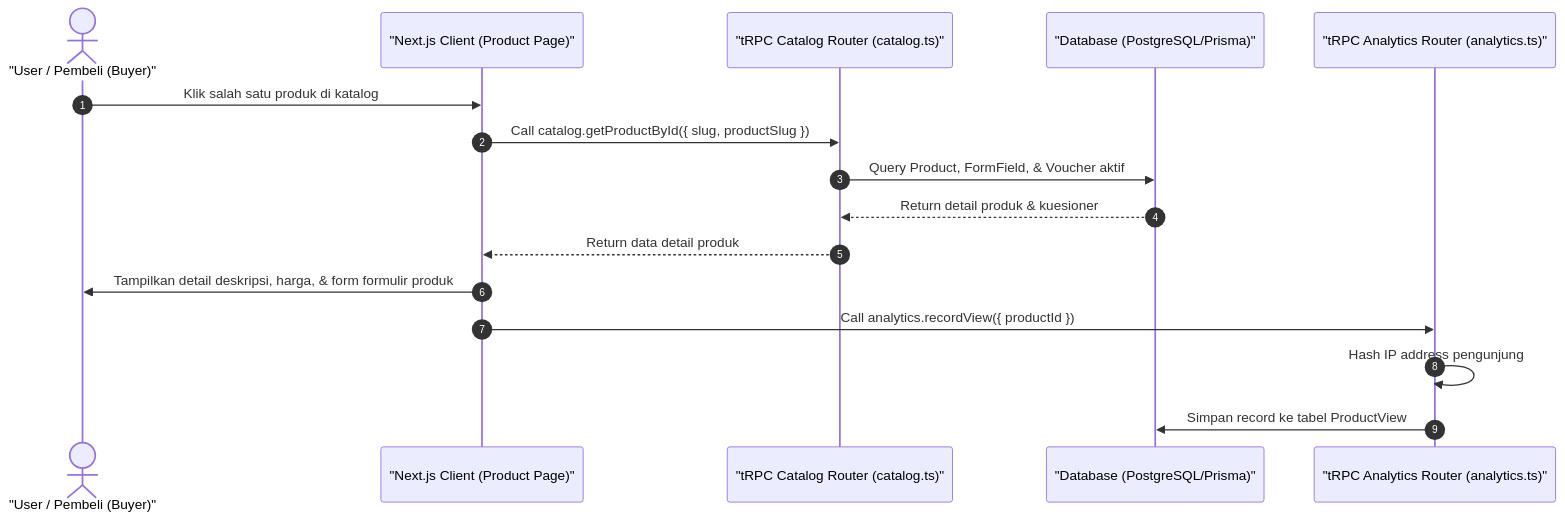
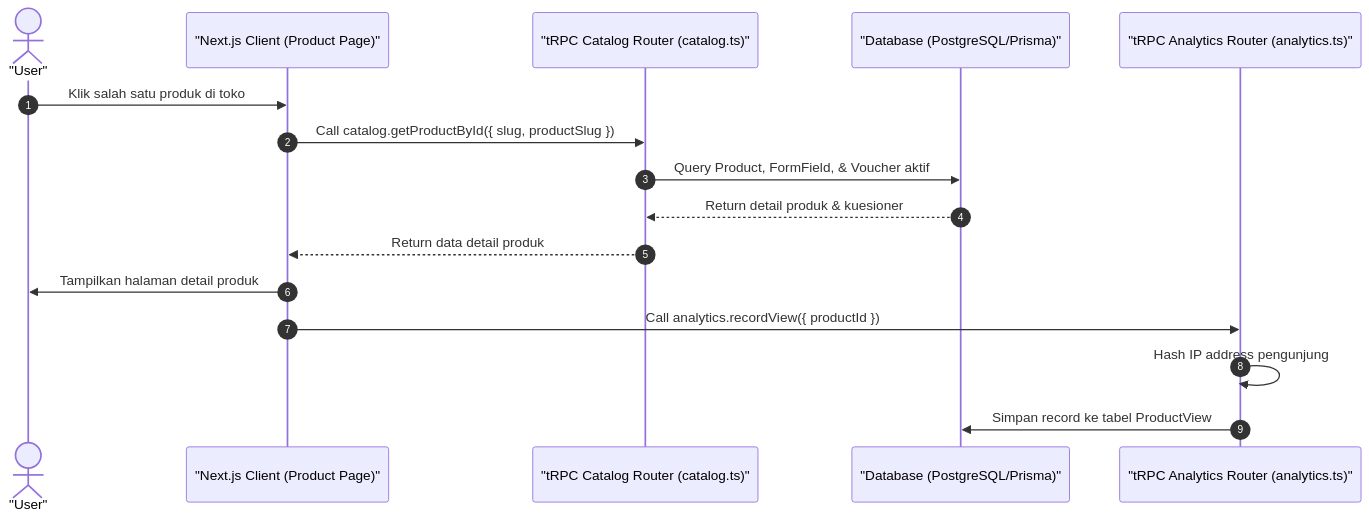
Before and after one commit to luputer/CuanIN: the diagram in docs/45-buyer-catalog-detail.md, drawn with Mermaid. The commit also changed other lines of this file and 53 other files, not shown here.

````diff
--- a/docs/45-buyer-catalog-detail.md
+++ b/docs/45-buyer-catalog-detail.md
@@ -5,22 +5,22 @@
 ```mermaid
 sequenceDiagram
     autonumber
-    actor Buyer as "User / Pembeli (Buyer)"
+    actor User as "User"
     participant Client as "Next.js Client (Product Page)"
     participant Server as "tRPC Catalog Router (catalog.ts)"
     participant DB as "Database (PostgreSQL/Prisma)"
     participant Analytics as "tRPC Analytics Router (analytics.ts)"
 
-    Buyer->>Client: Klik salah satu produk di katalog
+    User->>Client: Klik salah satu produk di toko
     Client->>Server: Call catalog.getProductById({ slug, productSlug })
     Server->>DB: Query Product, FormField, & Voucher aktif
     DB-->>Server: Return detail produk & kuesioner
     Server-->>Client: Return data detail produk
-    Client->>Buyer: Tampilkan detail deskripsi, harga, & form formulir produk
+    Client->>User: Tampilkan halaman detail produk
     
     %% Track View
     Client->>Analytics: Call analytics.recordView({ productId })
     Analytics->>Analytics: Hash IP address pengunjung
     Analytics->>DB: Simpan record ke tabel ProductView
 
 ```
````
